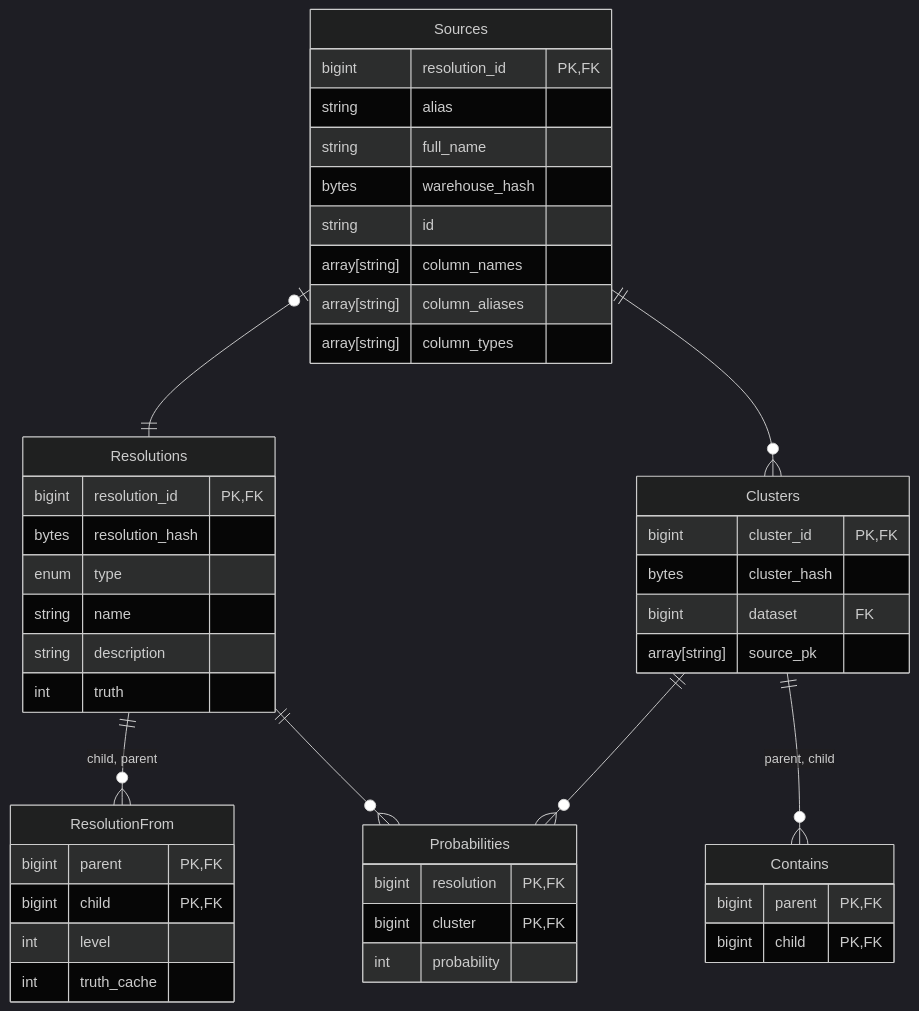
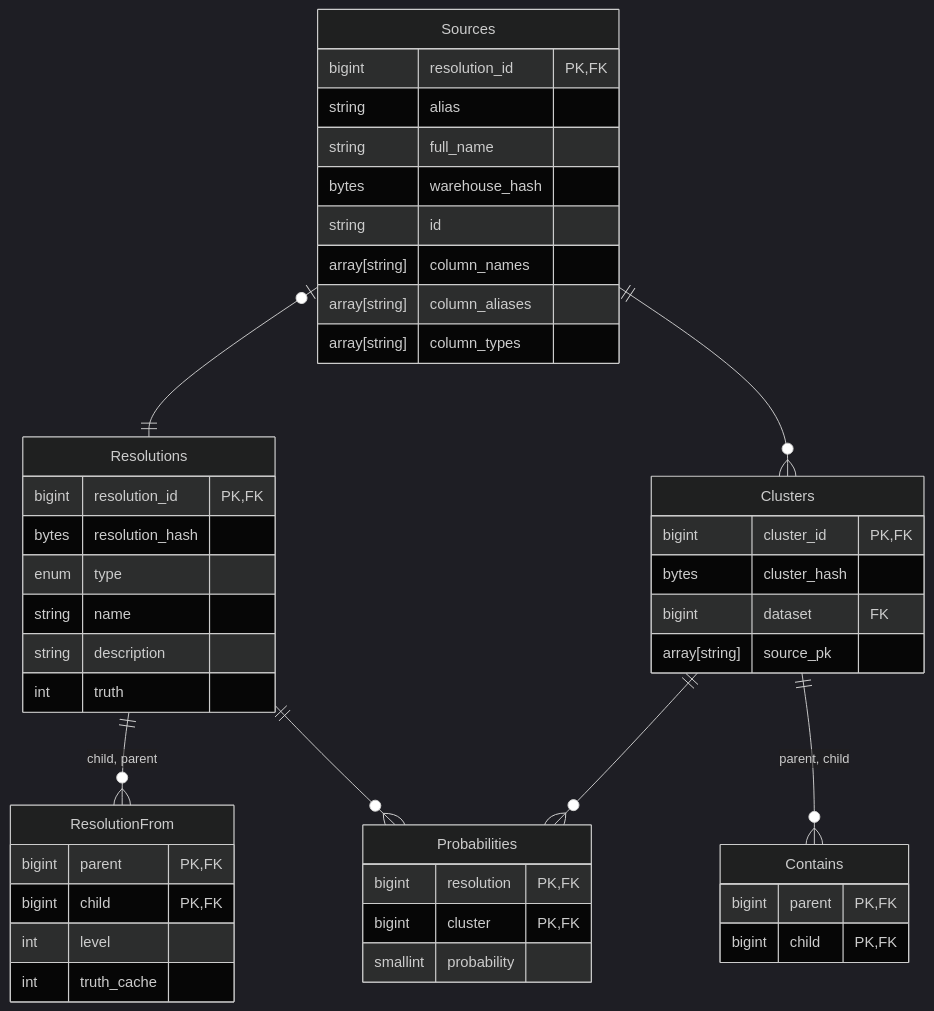
The diagram in src/matchbox/server/postgresql/README.md (will-langdale/matchbox), drawn with Mermaid (dark theme) before and after one commit. The commit also changed 3 other files, not shown here.

````diff
--- a/src/matchbox/server/postgresql/README.md
+++ b/src/matchbox/server/postgresql/README.md
@@ -14,49 +14,49 @@
 ```mermaid
 erDiagram
     Sources {
         bigint resolution_id PK,FK
         string alias
         string full_name
         bytes warehouse_hash
         string id
         array[string] column_names
         array[string] column_aliases
         array[string] column_types
     }
     Clusters {
         bigint cluster_id PK,FK
         bytes cluster_hash
         bigint dataset FK
         array[string] source_pk
     }
     Contains {
         bigint parent PK,FK
         bigint child PK,FK
     }
     Probabilities {
         bigint resolution PK,FK
         bigint cluster PK,FK
-        int probability
+        smallint probability
     }
     Resolutions {
         bigint resolution_id PK,FK
         bytes resolution_hash
         enum type
         string name
         string description
         int truth
     }
     ResolutionFrom {
         bigint parent PK,FK
         bigint child PK,FK
         int level
         int truth_cache
     }
 
     Sources |o--|| Resolutions : ""
     Sources ||--o{ Clusters : ""
     Clusters ||--o{ Contains : "parent, child"
     Clusters ||--o{ Probabilities : ""
     Resolutions ||--o{ Probabilities : ""
     Resolutions ||--o{ ResolutionFrom : "child, parent"
 ```
````
